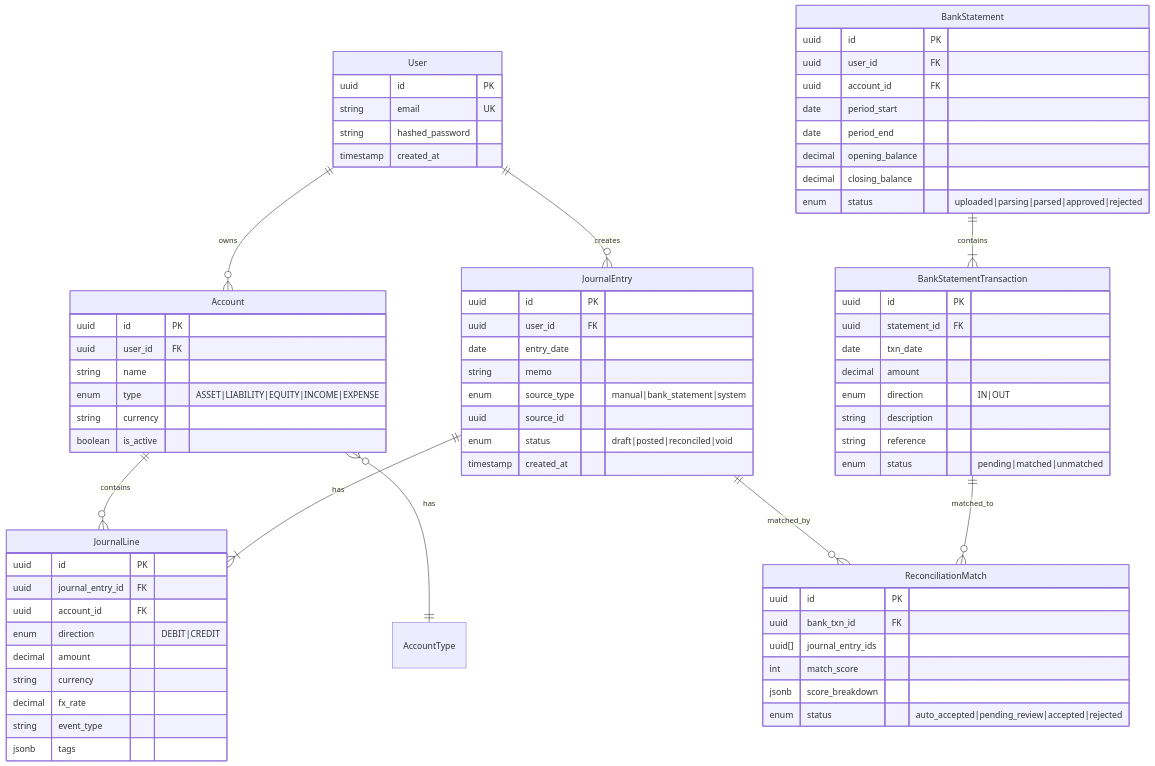
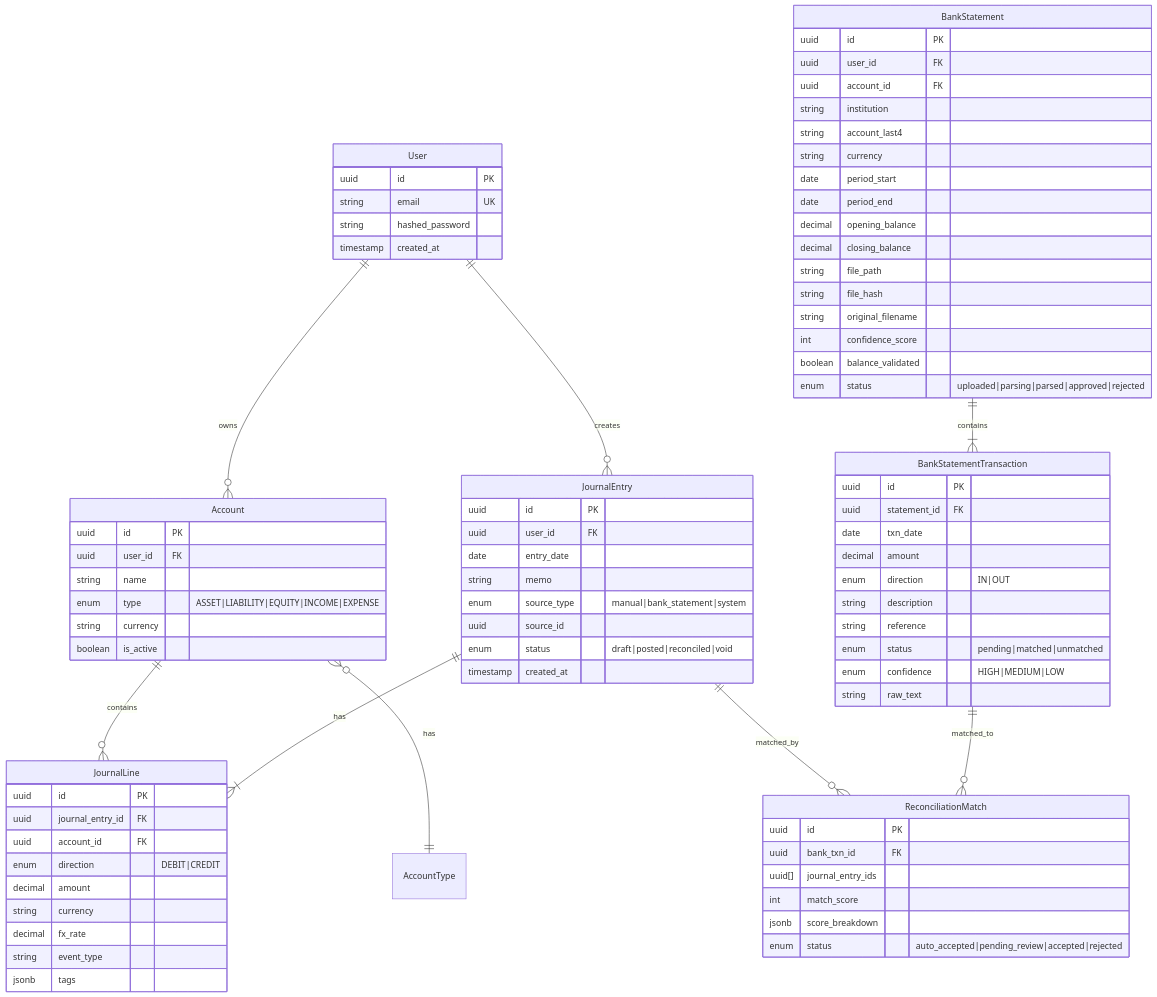
Before and after one commit to wangzitian0/finance_report: the diagram in docs/ssot/schema.md, drawn with Mermaid. The commit also changed other lines of this file and 2 other files, not shown here.

```diff
--- a/docs/ssot/schema.md
+++ b/docs/ssot/schema.md
@@ -74,10 +74,18 @@
         uuid id PK
         uuid user_id FK
         uuid account_id FK
+        string institution
+        string account_last4
+        string currency
         date period_start
         date period_end
         decimal opening_balance
         decimal closing_balance
+        string file_path
+        string file_hash
+        string original_filename
+        int confidence_score
+        boolean balance_validated
         enum status "uploaded|parsing|parsed|approved|rejected"
     }
     
@@ -90,6 +98,8 @@
         string description
         string reference
         enum status "pending|matched|unmatched"
+        enum confidence "HIGH|MEDIUM|LOW"
+        string raw_text
     }
     
     ReconciliationMatch {
```
